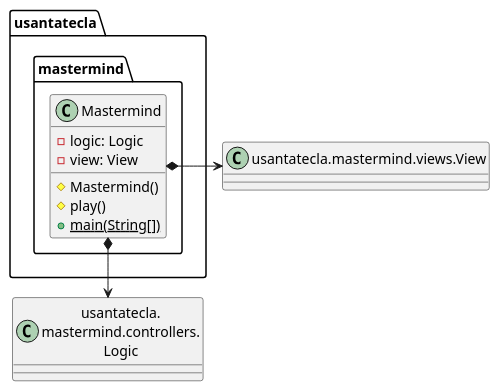
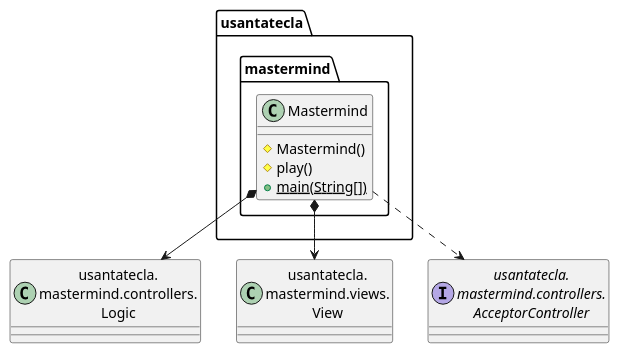
The first of 6 diagrams in modelViewPresenter/presentationModel/withComposite/docs/diagrams/src/paquetes.plantuml (SantaTecla-mastermind/solution.java.swing.socket.sql), drawn with PlantUML before and after one commit. The commit also changed other lines of this file and 30 other files, not shown here.

Commit message:
[mvp.pm.withComposite] Fixed some code + fixed all diagrams + README

```diff
--- a/modelViewPresenter/presentationModel/withComposite/docs/diagrams/src/paquetes.plantuml
+++ b/modelViewPresenter/presentationModel/withComposite/docs/diagrams/src/paquetes.plantuml
@@ -1,19 +1,15 @@
 @startuml mastermind
 class Logic as "usantatecla.\nmastermind.controllers.\nLogic"
+class View as "usantatecla.\nmastermind.views.\nView"
+interface AcceptorController as "usantatecla.\nmastermind.controllers.\nAcceptorController"
 
 class  usantatecla.mastermind.Mastermind{
-- logic: Logic
-- view: View
-# Mastermind()
-# play()
-+ {static} main(String[])
+    # Mastermind()
+    # play()
+    + {static} main(String[])
 }
-
-class View as "usantatecla.mastermind.views.View" {
-
-
-}
-usantatecla.mastermind.Mastermind *-> View
+usantatecla.mastermind.Mastermind *-down-> View
 usantatecla.mastermind.Mastermind *-down-> Logic
+usantatecla.mastermind.Mastermind .down.> AcceptorController
 
 @enduml
```
